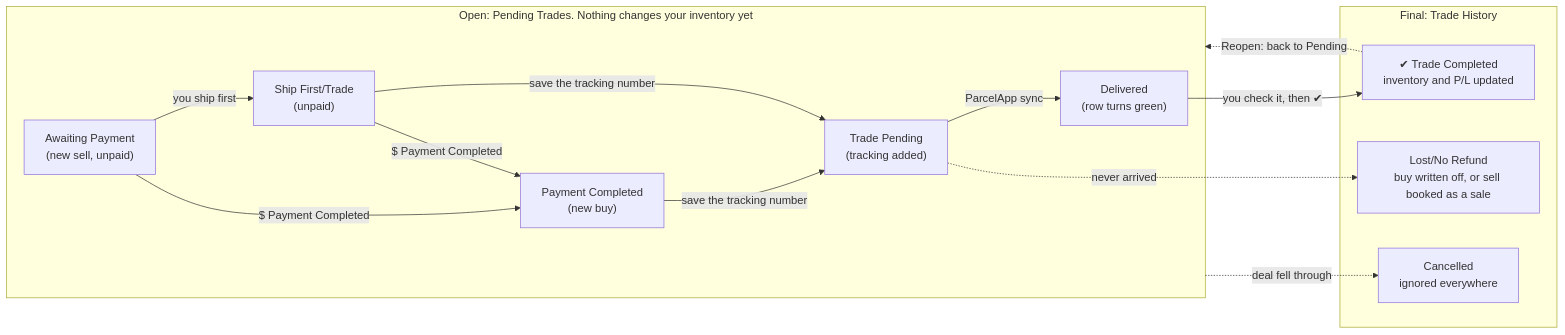
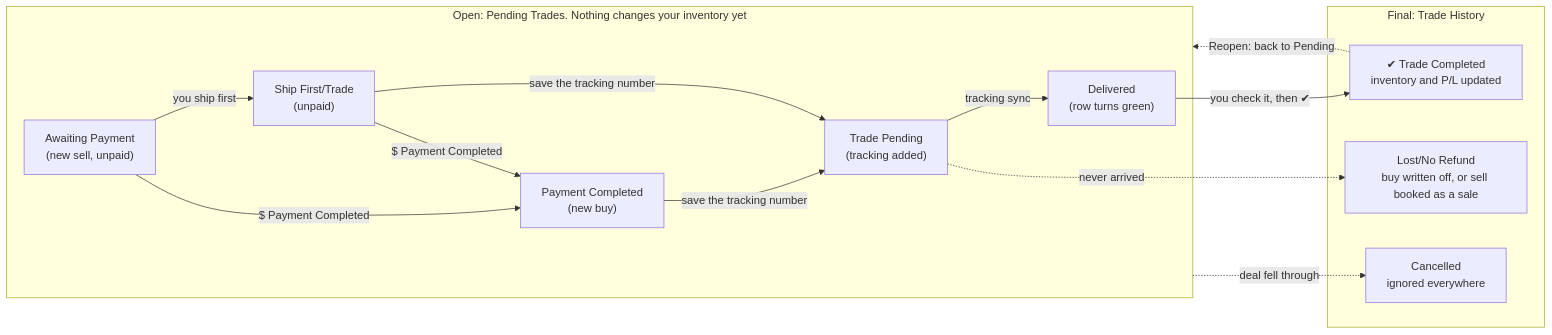
One commit to arpspatel/slothy-inventory-releases changed the diagram in WORKFLOW.md. Above: the diagram before and after it, drawn with Mermaid. The commit also changed other lines of this file and 13 other files, not shown here.

Commit message:
Guides: TrackingApp settings, Add to TrackingApp / Sync tracking, no service named; new screenshots

````diff
--- a/WORKFLOW.md
+++ b/WORKFLOW.md
@@ -119,25 +119,25 @@
 ```mermaid
 flowchart LR
     subgraph OPEN["Open: Pending Trades. Nothing changes your inventory yet"]
         AP["Awaiting Payment<br/>(new sell, unpaid)"]
         SF["Ship First/Trade<br/>(unpaid)"]
         PC["Payment Completed<br/>(new buy)"]
         TP["Trade Pending<br/>(tracking added)"]
         DL["Delivered<br/>(row turns green)"]
     end
     subgraph FINAL["Final: Trade History"]
         TC["✔ Trade Completed<br/>inventory and P/L updated"]
         LO["Lost/No Refund<br/>buy written off, or sell booked as a sale"]
         CA["Cancelled<br/>ignored everywhere"]
     end
     AP -- "$ Payment Completed" --> PC
     SF -- "$ Payment Completed" --> PC
     AP -- "you ship first" --> SF
     PC -- "save the tracking number" --> TP
     SF -- "save the tracking number" --> TP
-    TP -- "ParcelApp sync" --> DL
+    TP -- "tracking sync" --> DL
     DL -- "you check it, then ✔" --> TC
     TP -. "never arrived" .-> LO
     OPEN -. "deal fell through" .-> CA
     TC -. "Reopen: back to Pending" .-> OPEN
 ```
````
